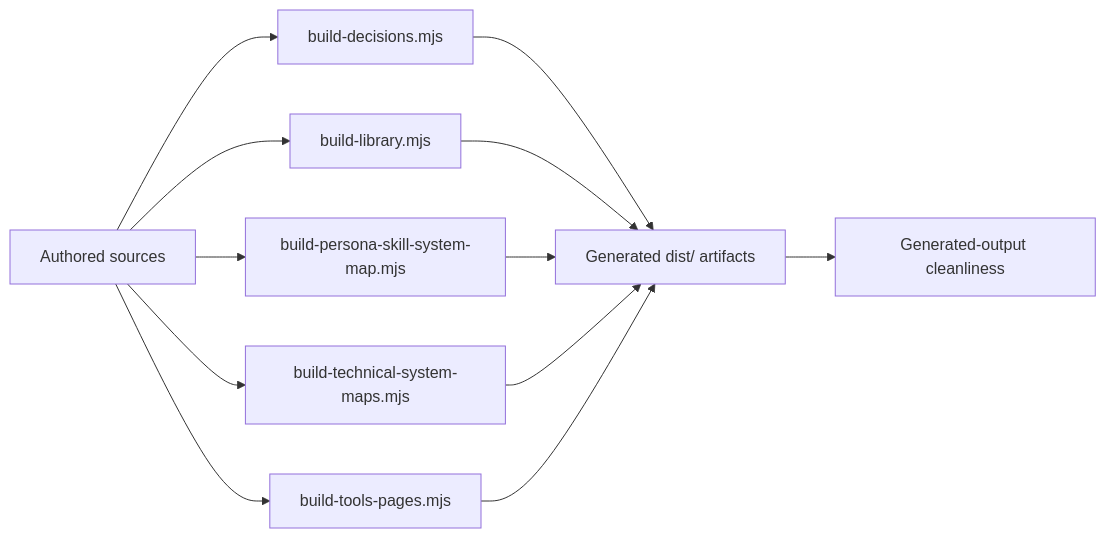
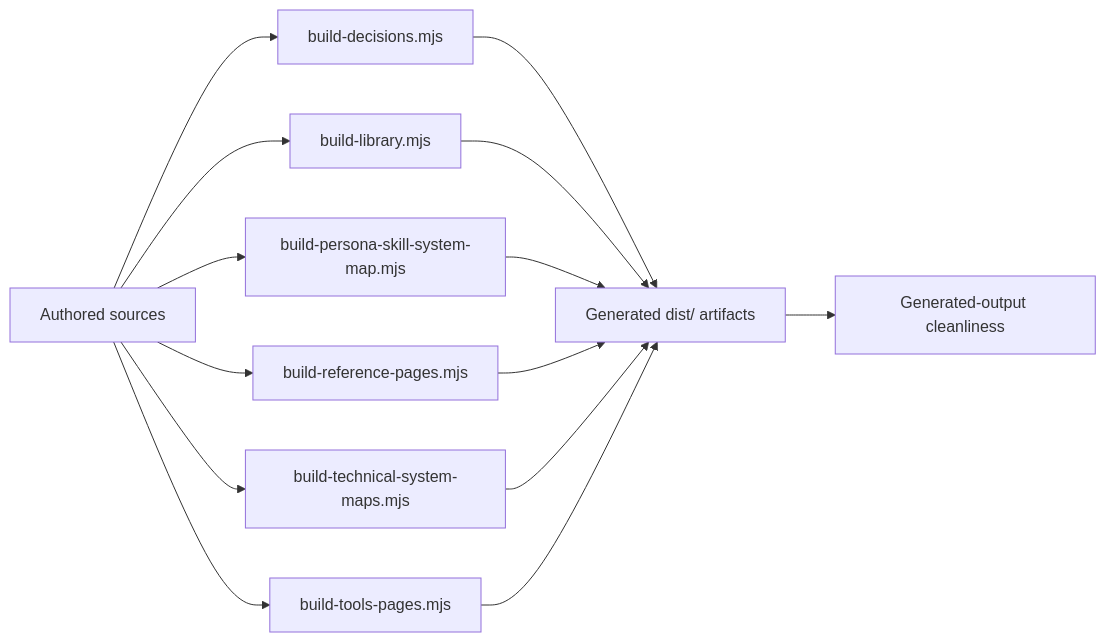
One commit to rickvang/Persona-Library changed the diagram in dist/data/system-map/source-generated.mmd. Above: the diagram before and after it, drawn with Mermaid. The commit also changed 46 other files, not shown here.

```diff
--- a/dist/data/system-map/source-generated.mmd
+++ b/dist/data/system-map/source-generated.mmd
@@ -1,21 +1,24 @@
 %% GENERATED. Bounded Source/generated overview; full relationships are in JSON.
 flowchart LR
   source["Authored sources"]
   generated["Generated dist/ artifacts"]
   validation["Generated-output cleanliness"]
   n_build_step_scripts_build_decisions_mjs["build-decisions.mjs"]
   n_build_step_scripts_build_library_mjs["build-library.mjs"]
   n_build_step_scripts_build_persona_skill_system_map_mjs["build-persona-skill-system-map.mjs"]
+  n_build_step_scripts_build_reference_pages_mjs["build-reference-pages.mjs"]
   n_build_step_scripts_build_technical_system_maps_mjs["build-technical-system-maps.mjs"]
   n_build_step_scripts_build_tools_pages_mjs["build-tools-pages.mjs"]
   source --> n_build_step_scripts_build_decisions_mjs
   n_build_step_scripts_build_decisions_mjs --> generated
   source --> n_build_step_scripts_build_library_mjs
   n_build_step_scripts_build_library_mjs --> generated
   source --> n_build_step_scripts_build_persona_skill_system_map_mjs
   n_build_step_scripts_build_persona_skill_system_map_mjs --> generated
+  source --> n_build_step_scripts_build_reference_pages_mjs
+  n_build_step_scripts_build_reference_pages_mjs --> generated
   source --> n_build_step_scripts_build_technical_system_maps_mjs
   n_build_step_scripts_build_technical_system_maps_mjs --> generated
   source --> n_build_step_scripts_build_tools_pages_mjs
   n_build_step_scripts_build_tools_pages_mjs --> generated
   generated --> validation
```
